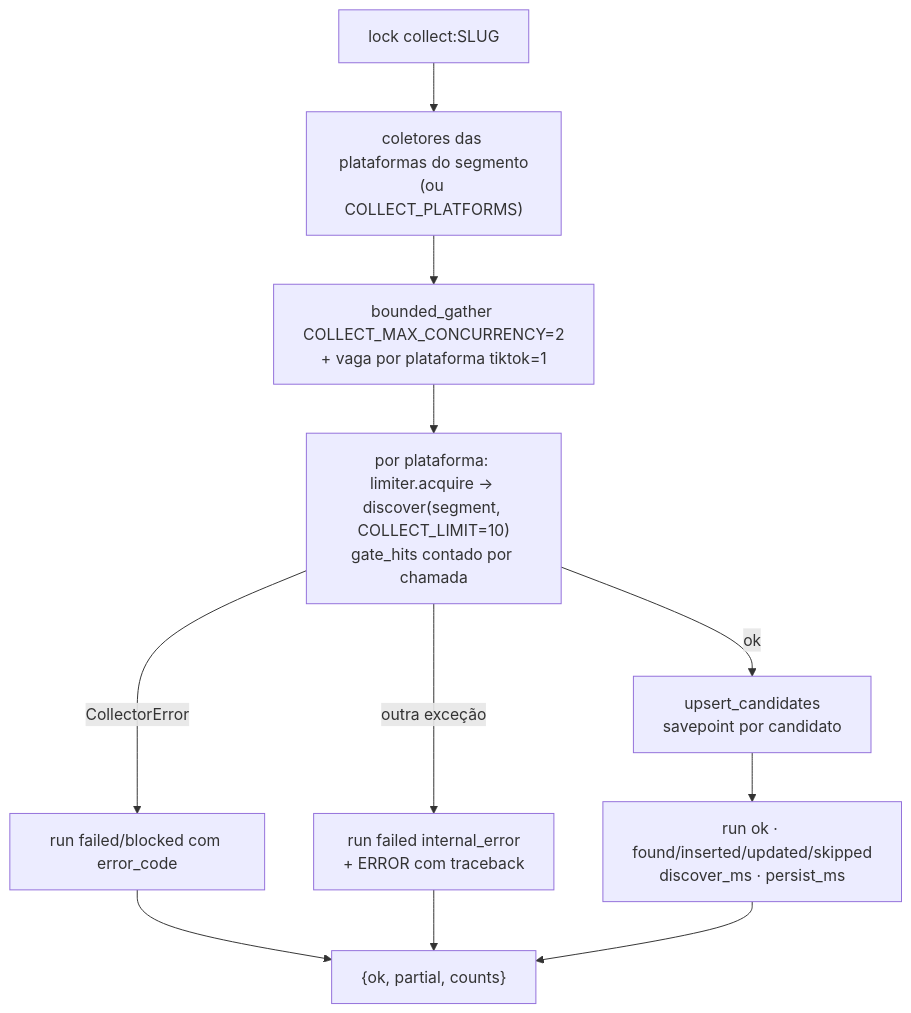
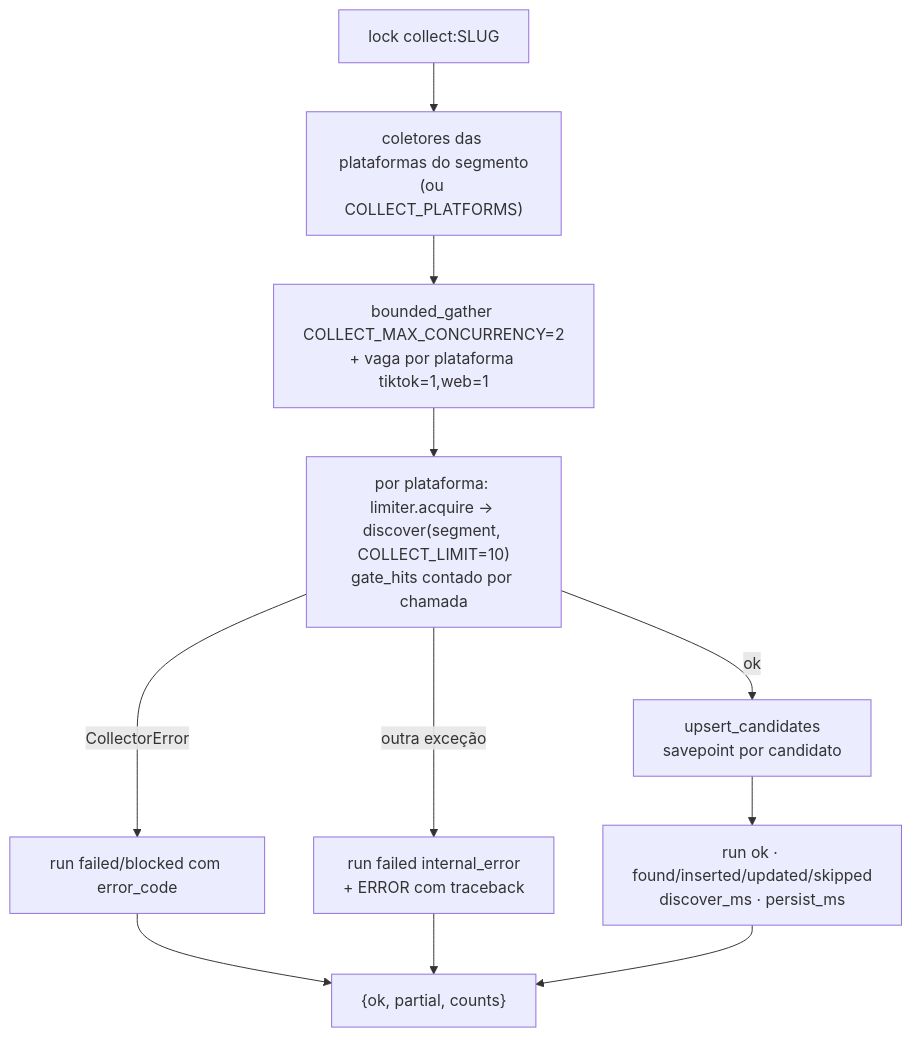
The fifth of 7 diagrams in docs/diagram/mapa-do-ciclo.md (leonardodg/content-factory), drawn with Mermaid before and after one commit. The commit also changed other lines of this file and 4 other files, not shown here.

Commit message:
fix(worker): web=1 no default de PLATFORM_MAX_CONCURRENCY (revisão A-2a)

````diff
--- a/docs/diagram/mapa-do-ciclo.md
+++ b/docs/diagram/mapa-do-ciclo.md
@@ -150,11 +150,11 @@
 ```mermaid
 flowchart TD
     A["lock collect:SLUG"] --> B["coletores das plataformas do segmento<br/>(ou COLLECT_PLATFORMS)"]
-    B --> N["bounded_gather COLLECT_MAX_CONCURRENCY=2<br/>+ vaga por plataforma tiktok=1"]
+    B --> N["bounded_gather COLLECT_MAX_CONCURRENCY=2<br/>+ vaga por plataforma tiktok=1,web=1"]
     N --> D["por plataforma: limiter.acquire → discover(segment, COLLECT_LIMIT=10)<br/>gate_hits contado por chamada"]
     D -->|CollectorError| E1["run failed/blocked com error_code"]
     D -->|outra exceção| E2["run failed internal_error<br/>+ ERROR com traceback"]
     D -->|ok| P["upsert_candidates<br/>savepoint por candidato"]
     P --> R["run ok · found/inserted/updated/skipped<br/>discover_ms · persist_ms"]
     E1 & E2 & R --> OUT["{ok, partial, counts}"]
 ```
````
